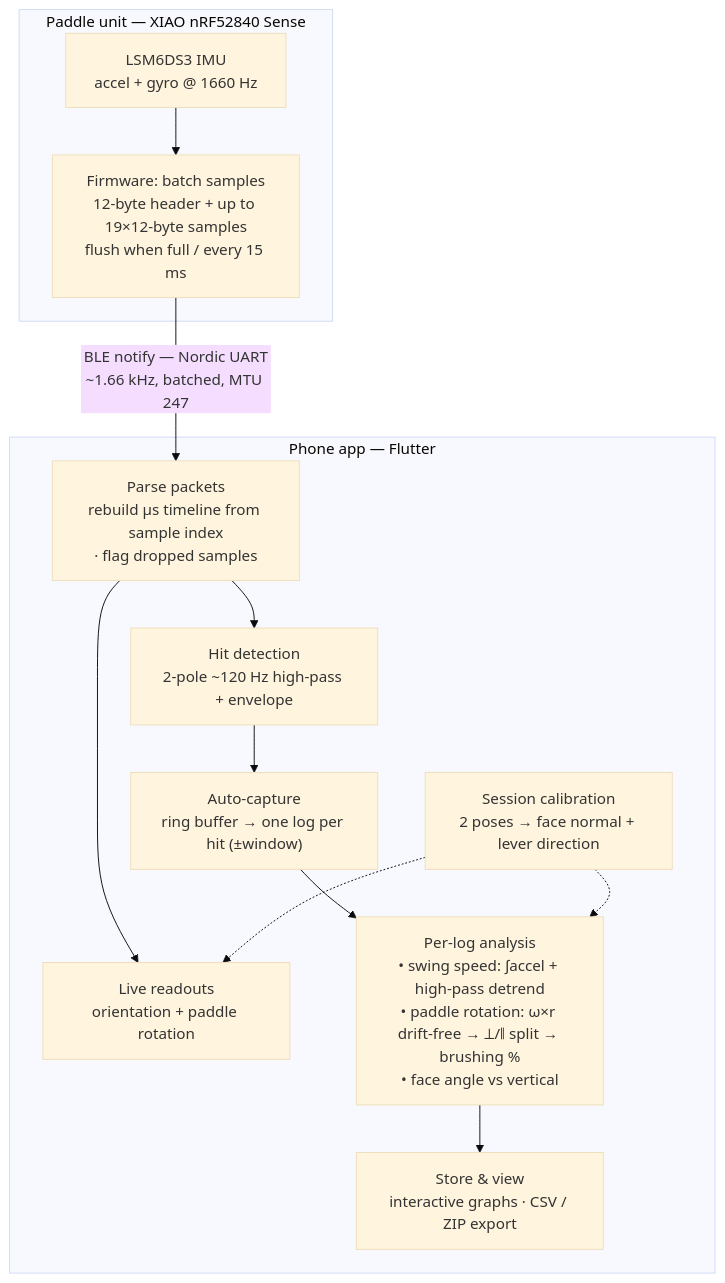
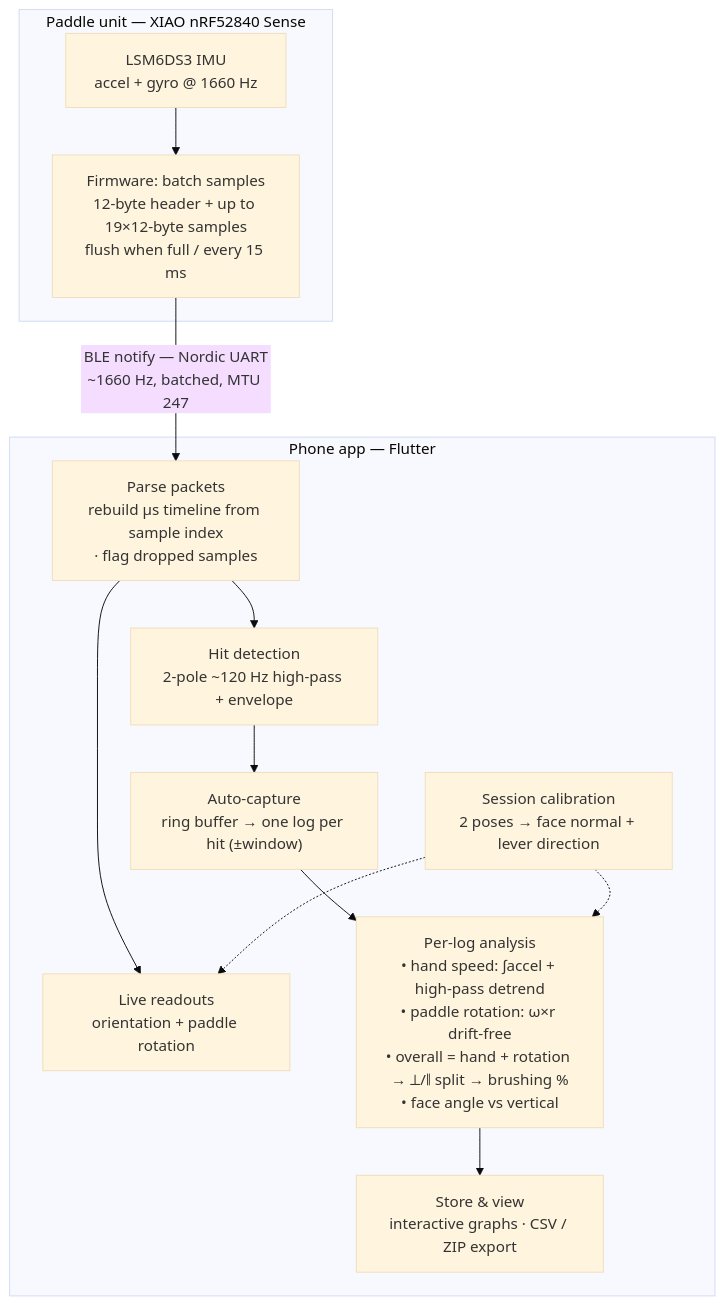
The diagram in README.md (RuiqiLiu2014/ping-pong-tracker), drawn with Mermaid (base theme) before and after one commit. The commit also changed other lines of this file, not shown here.

Commit message:
Clarify BLE notification frequency and analysis metrics
Updated the README to clarify BLE notification frequency and analysis details.

````diff
--- a/README.md
+++ b/README.md
@@ -57,22 +57,22 @@
 ```mermaid
 flowchart TD
   subgraph PADDLE["Paddle unit — XIAO nRF52840 Sense"]
     IMU["LSM6DS3 IMU<br/>accel + gyro @ 1660 Hz"]
     FW["Firmware: batch samples<br/>12-byte header + up to 19×12-byte samples<br/>flush when full / every 15 ms"]
     IMU --> FW
   end
-  FW -->|"BLE notify — Nordic UART<br/>~1.66 kHz, batched, MTU 247"| PARSE
+  FW -->|"BLE notify — Nordic UART<br/>~1660 Hz, batched, MTU 247"| PARSE
   subgraph PHONE["Phone app — Flutter"]
     PARSE["Parse packets<br/>rebuild µs timeline from sample index<br/>· flag dropped samples"]
     LIVE["Live readouts<br/>orientation + paddle rotation"]
     HIT["Hit detection<br/>2-pole ~120 Hz high-pass + envelope"]
     CAP["Auto-capture<br/>ring buffer → one log per hit (±window)"]
-    ANALYZE["Per-log analysis<br/>• swing speed: ∫accel + high-pass detrend<br/>• paddle rotation: ω×r drift-free → ⟂/∥ split → brushing %<br/>• face angle vs vertical"]
+    ANALYZE["Per-log analysis<br/>• hand speed: ∫accel + high-pass detrend<br/>• paddle rotation: ω×r drift-free<br/>• overall = hand + rotation → ⟂/∥ split → brushing %<br/>• face angle vs vertical"]
     STORE["Store &amp; view<br/>interactive graphs · CSV / ZIP export"]
     CAL["Session calibration<br/>2 poses → face normal + lever direction"]
     PARSE --> LIVE
     PARSE --> HIT --> CAP --> ANALYZE --> STORE
     CAL -.-> ANALYZE
     CAL -.-> LIVE
   end
 ```
````
